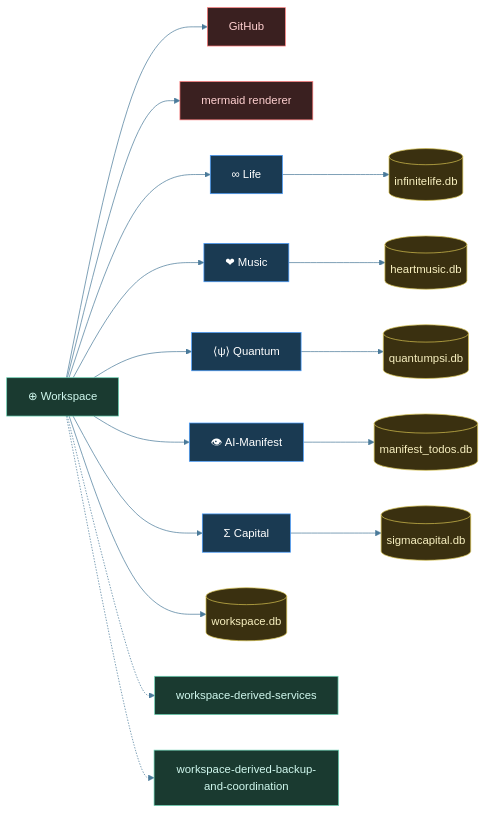
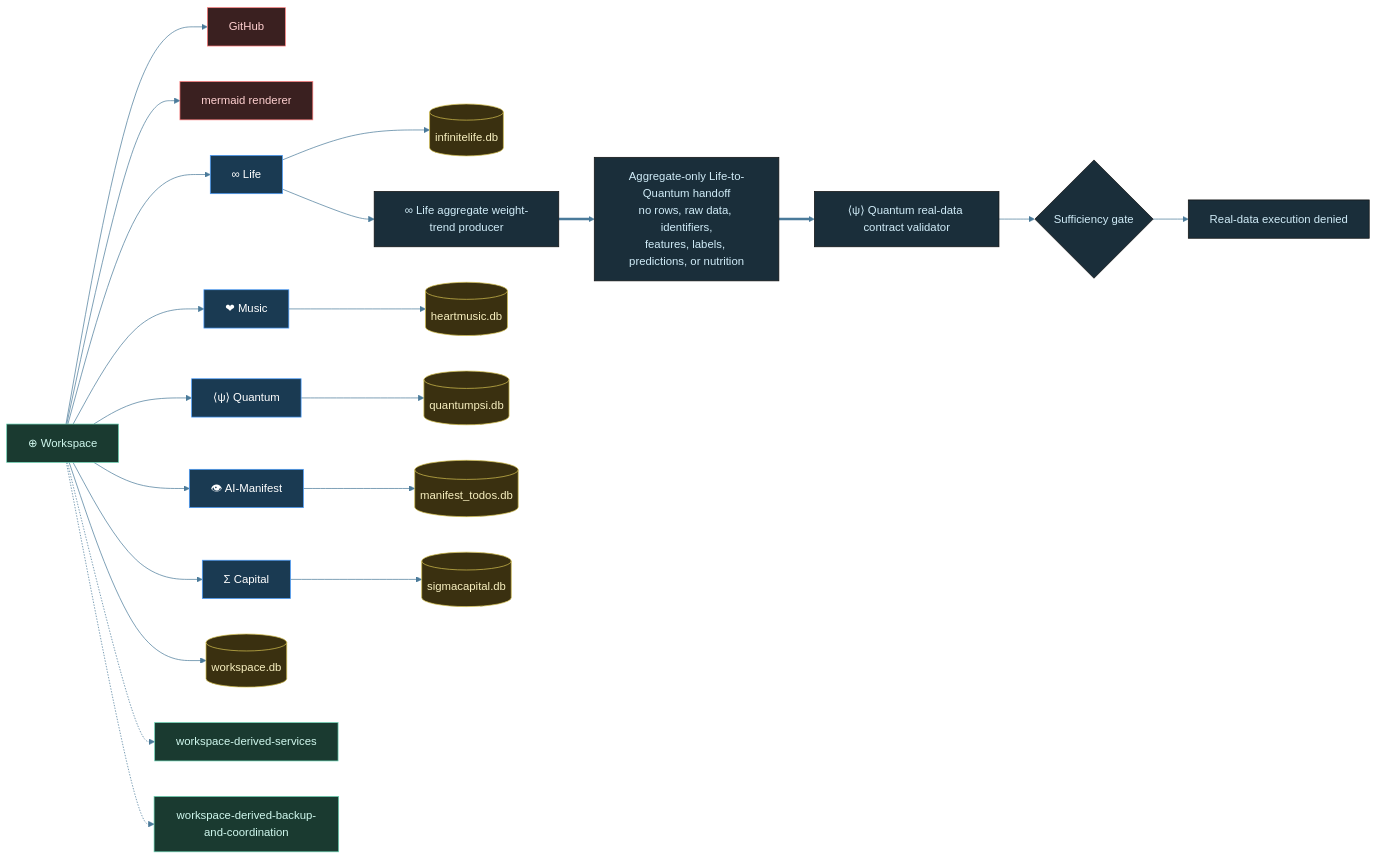
One commit to tylerdrakemusic/-Workspace changed the diagram in diagrams/workspace-integrations.mmd. Above: the diagram before and after it, drawn with Mermaid. The commit also changed 2 other files, not shown here.

Commit message:
⊕ workspace: update quantum kernel SVM architecture diagrams

```diff
--- a/diagrams/workspace-integrations.mmd
+++ b/diagrams/workspace-integrations.mmd
@@ -1,27 +1,39 @@
 %%{init: {'theme': 'base', 'themeVariables': {'primaryColor': '#1a2e3a', 'primaryTextColor': '#d0ecf8', 'edgeLabelBackground': '#0f1318', 'lineColor': '#4a7a9a'}}}%%
 %% is_derived_view=false
 %% Traceability.derived_views: diagrams/workspace-derived-services.mmd, diagrams/workspace-derived-backup-and-coordination.mmd
 graph LR
     Workspace[⊕ Workspace] --> GitHub[GitHub]
     Workspace --> Mermaid[mermaid renderer]
     Workspace --> Life[∞ Life]
     Workspace --> Music[❤ Music]
     Workspace --> Quantum[⟨ψ⟩ Quantum]
     Workspace --> Manifest[👁 AI-Manifest]
     Workspace --> Capital[Σ Capital]
     Workspace --> WSDB[(workspace.db)]
     Workspace -.-> Services[workspace-derived-services]
     Workspace -.-> Backup[workspace-derived-backup-and-coordination]
     Life --> LifeDB[(infinitelife.db)]
     Music --> MusicDB[(heartmusic.db)]
     Quantum --> QDB[(quantumpsi.db)]
     Manifest --> ManifestDB[(manifest_todos.db)]
     Capital --> CapitalDB[(sigmacapital.db)]
+    LifeWeightTrend[∞ Life aggregate weight-trend producer]
+    AggregateHandoff[Aggregate-only Life-to-Quantum handoff<br/>no rows, raw data, identifiers,<br/>features, labels, predictions, or nutrition]
+    QuantumValidator[⟨ψ⟩ Quantum real-data contract validator]
+    SufficiencyGate{Sufficiency gate}
+    ExecutionDenied[Real-data execution denied]
+    Life --> LifeWeightTrend
+    LifeWeightTrend ==> AggregateHandoff
+    AggregateHandoff ==> QuantumValidator
+    QuantumValidator --> SufficiencyGate
+    SufficiencyGate --> ExecutionDenied
     class Workspace,Services,Backup ws
     class Life,Music,Quantum,Manifest,Capital orch
+    class LifeWeightTrend,QuantumValidator quantum
+    class AggregateHandoff,SufficiencyGate,ExecutionDenied state
     class GitHub,Mermaid ext
     class WSDB,LifeDB,MusicDB,QDB,ManifestDB,CapitalDB db
 classDef orch fill:#1a3a52,stroke:#4a9eff,color:#fff
 classDef ws fill:#1a3a30,stroke:#6ad4b4,color:#d0f8ee
 classDef ext fill:#3a2020,stroke:#ff7a7a,color:#ffd0d0
 classDef db fill:#3a3010,stroke:#d4c050,color:#f8f0c0
```
